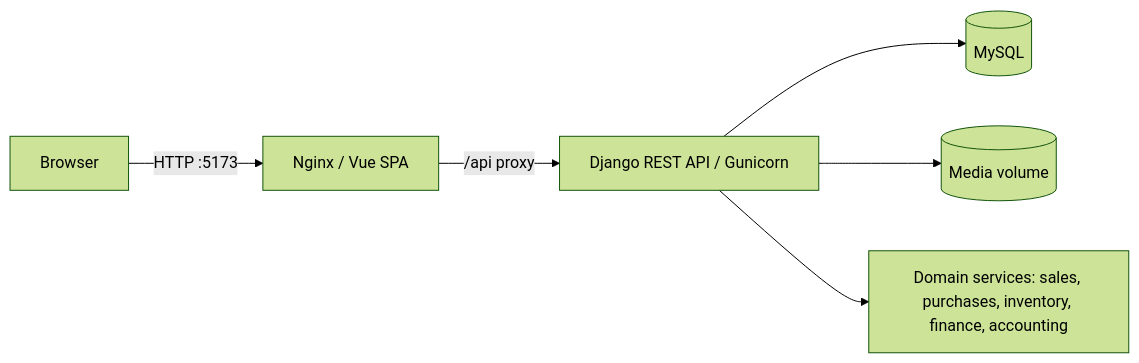
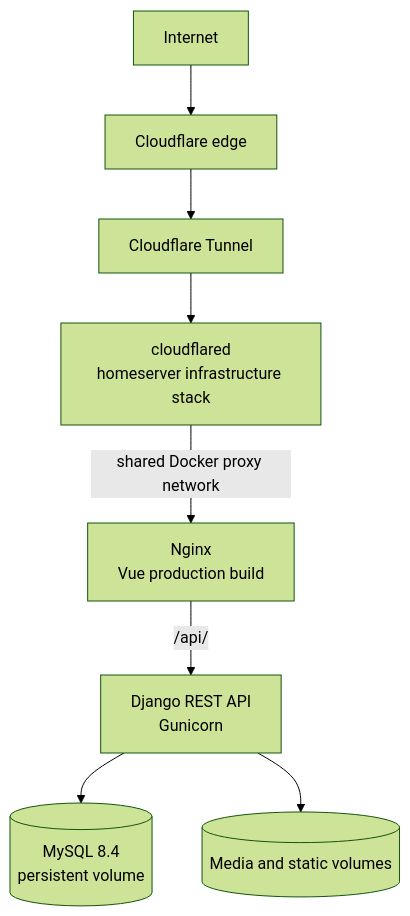
Before and after one commit to robert-viquez/financial-accounting-web-system: the diagram in README.md, drawn with Mermaid (forest theme). The commit also changed other lines of this file and 10 other files, not shown here.

````diff
--- a/README.md
+++ b/README.md
@@ -38,8 +101,10 @@
 ```mermaid
-flowchart LR
-    U[Browser] -->|HTTP :5173| N[Nginx / Vue SPA]
-    N -->|/api proxy| D[Django REST API / Gunicorn]
-    D --> M[(MySQL)]
-    D --> F[(Media volume)]
-    D --> A[Domain services: sales, purchases, inventory, finance, accounting]
+flowchart TD
+    I[Internet] --> C[Cloudflare edge]
+    C --> T[Cloudflare Tunnel]
+    T --> H[cloudflared<br/>homeserver infrastructure stack]
+    H -->|shared Docker proxy network| N[Nginx<br/>Vue production build]
+    N -->|/api/| D[Django REST API<br/>Gunicorn]
+    D --> M[(MySQL 8.4<br/>persistent volume)]
+    D --> V[(Media and static volumes)]
 ```
````
